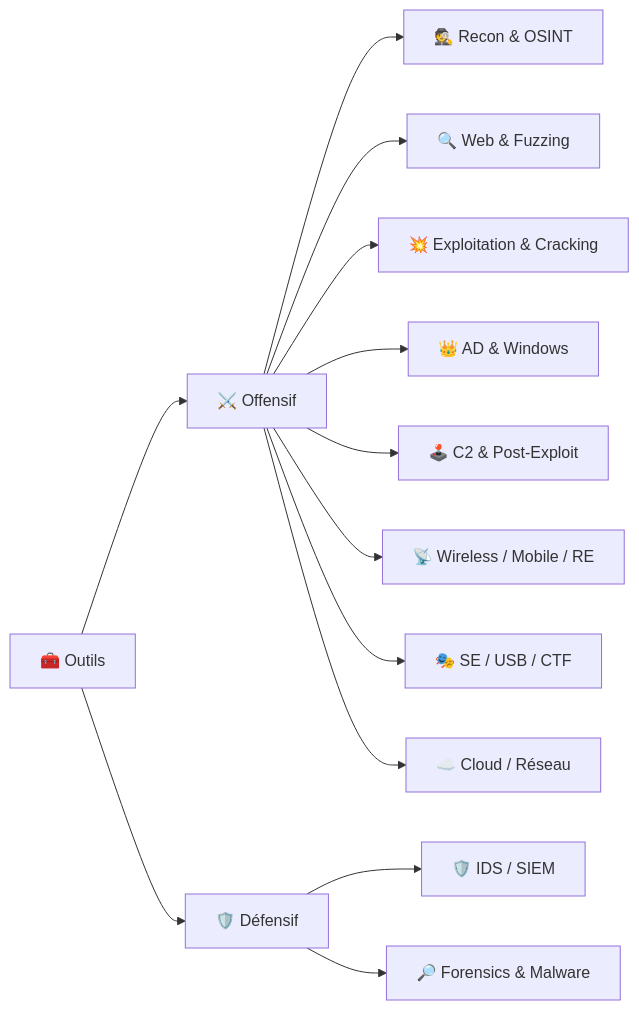
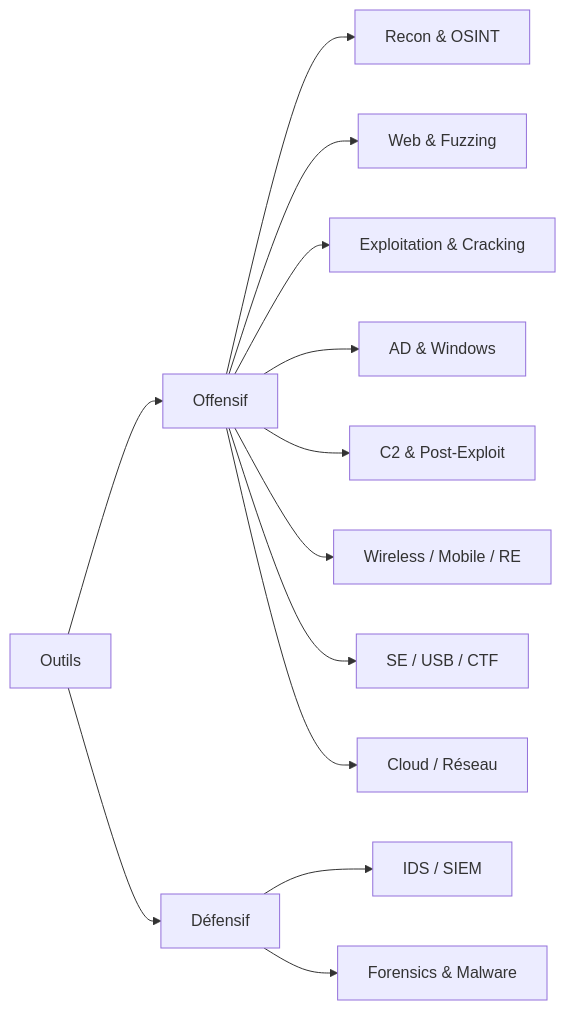
The diagram in public/offsidian/vault/Cybersécurité Offensive/Outils/Tools.md (F0X-hack/foxhack.fr), drawn with Mermaid before and after one commit. The commit also changed other lines of this file and 369 other files, not shown here.

````diff
--- a/public/offsidian/vault/Cybersécurité Offensive/Outils/Tools.md
+++ b/public/offsidian/vault/Cybersécurité Offensive/Outils/Tools.md
@@ -18,15 +18,15 @@
 ```mermaid
 flowchart LR
-    O["🧰 Outils"] --> OA["⚔️ Offensif"]
-    O --> OD["🛡️ Défensif"]
-    OA --> R["🕵️ Recon & OSINT"]
-    OA --> W["🔍 Web & Fuzzing"]
-    OA --> E["💥 Exploitation & Cracking"]
-    OA --> AD["👑 AD & Windows"]
-    OA --> C2["🕹️ C2 & Post-Exploit"]
-    OA --> RF["📡 Wireless / Mobile / RE"]
-    OA --> SE["🎭 SE / USB / CTF"]
-    OA --> CL["☁️ Cloud / Réseau"]
-    OD --> IDS["🛡️ IDS / SIEM"]
-    OD --> FT["🔎 Forensics & Malware"]
+    O["Outils"] --> OA["Offensif"]
+    O --> OD["Défensif"]
+    OA --> R["Recon & OSINT"]
+    OA --> W["Web & Fuzzing"]
+    OA --> E["Exploitation & Cracking"]
+    OA --> AD["AD & Windows"]
+    OA --> C2["C2 & Post-Exploit"]
+    OA --> RF["Wireless / Mobile / RE"]
+    OA --> SE["SE / USB / CTF"]
+    OA --> CL["Cloud / Réseau"]
+    OD --> IDS["IDS / SIEM"]
+    OD --> FT["Forensics & Malware"]
 ```
````
